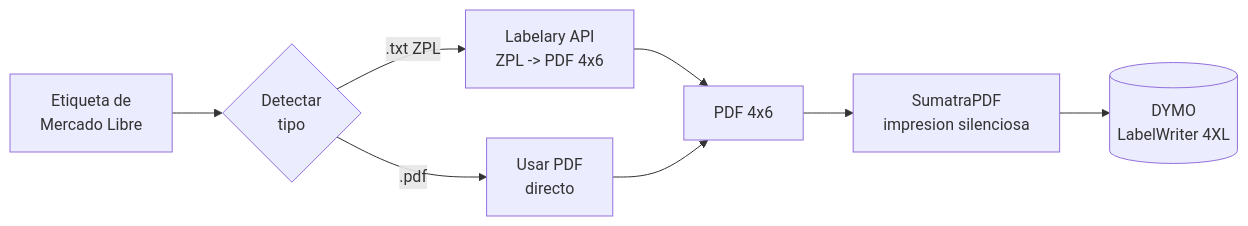
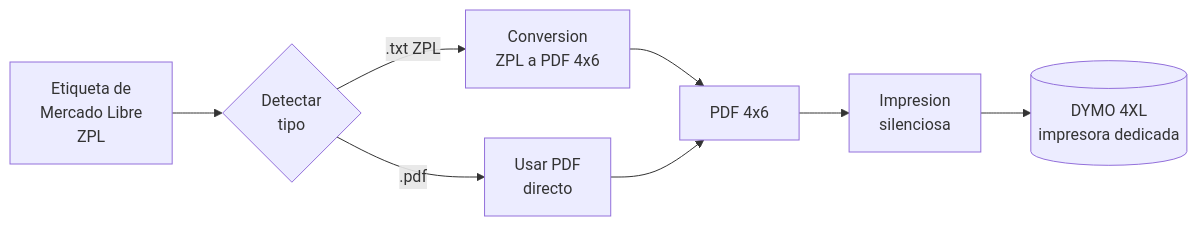
One commit to mfdoomass/Proyectos changed the diagram in README.md. Above: the diagram before and after it, drawn with Mermaid. The commit also changed other lines of this file, not shown here.

````diff
--- a/README.md
+++ b/README.md
@@ -62,10 +81,10 @@
 ```mermaid
 flowchart LR
-    A[Etiqueta de<br/>Mercado Libre] --> B{Detectar<br/>tipo}
-    B -- .txt ZPL --> C[Labelary API<br/>ZPL -> PDF 4x6]
+    A[Etiqueta de<br/>Mercado Libre<br/>ZPL] --> B{Detectar<br/>tipo}
+    B -- .txt ZPL --> C[Conversion<br/>ZPL a PDF 4x6]
     B -- .pdf --> D[Usar PDF<br/>directo]
     C --> E[PDF 4x6]
     D --> E
-    E --> F[SumatraPDF<br/>impresion silenciosa]
-    F --> G[(DYMO<br/>LabelWriter 4XL)]
+    E --> F[Impresion<br/>silenciosa]
+    F --> G[(DYMO 4XL<br/>impresora dedicada)]
 ```
````
